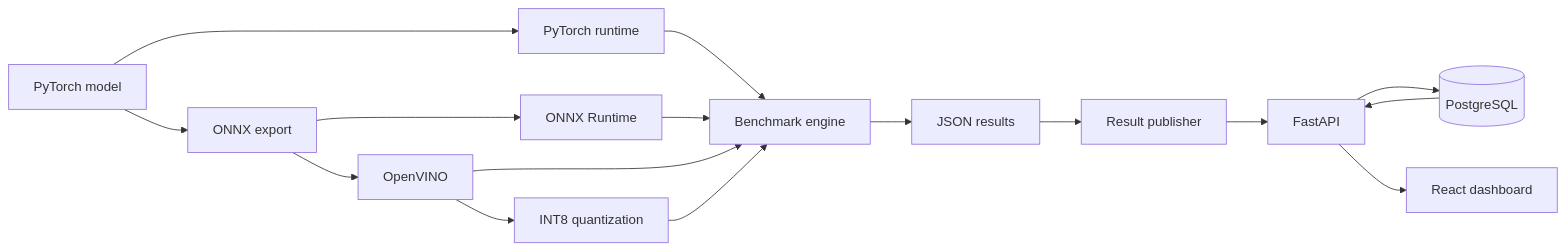
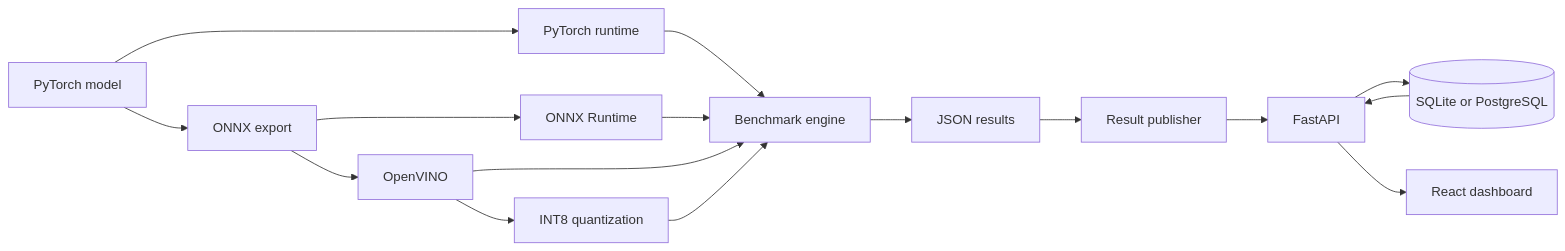
One commit to NikolozChilachava/edgeforge-local changed the diagram in README.md. Above: the diagram before and after it, drawn with Mermaid. The commit also changed other lines of this file and 4 other files, not shown here.

````diff
--- a/README.md
+++ b/README.md
@@ -20,18 +256,18 @@
 ```mermaid
 flowchart LR
     Model[PyTorch model] --> Export[ONNX export]
     Model --> PT[PyTorch runtime]
     Export --> ORT[ONNX Runtime]
     Export --> OV[OpenVINO]
     OV --> INT8[INT8 quantization]
     PT --> Bench[Benchmark engine]
     ORT --> Bench
     OV --> Bench
     INT8 --> Bench
     Bench --> Files[JSON results]
     Files --> Worker[Result publisher]
     Worker --> API[FastAPI]
-    API --> DB[(PostgreSQL)]
+    API --> DB[(SQLite or PostgreSQL)]
     DB --> API
     API --> UI[React dashboard]
 ```
````
